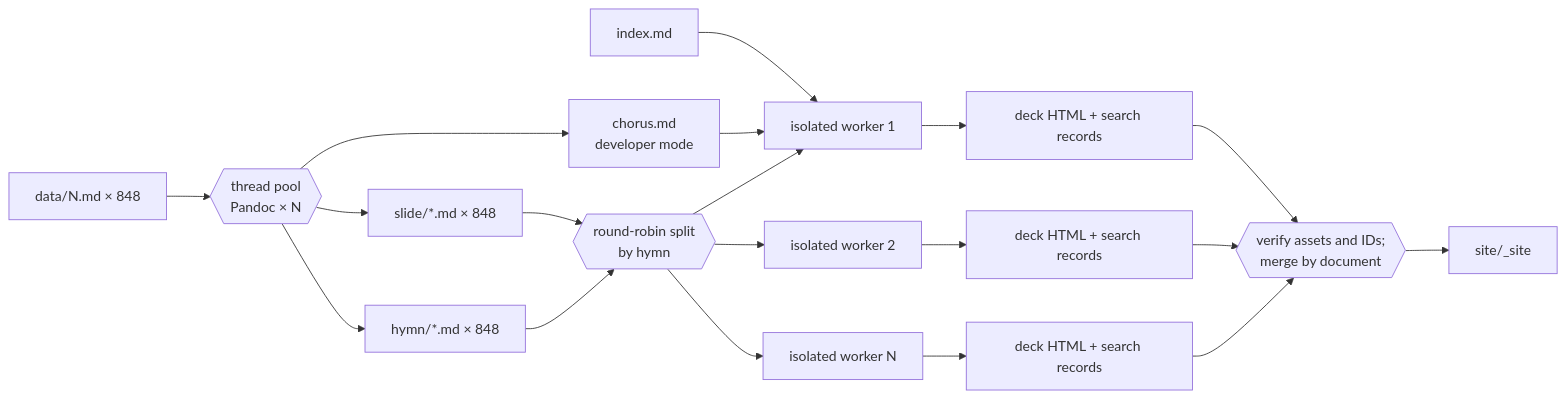
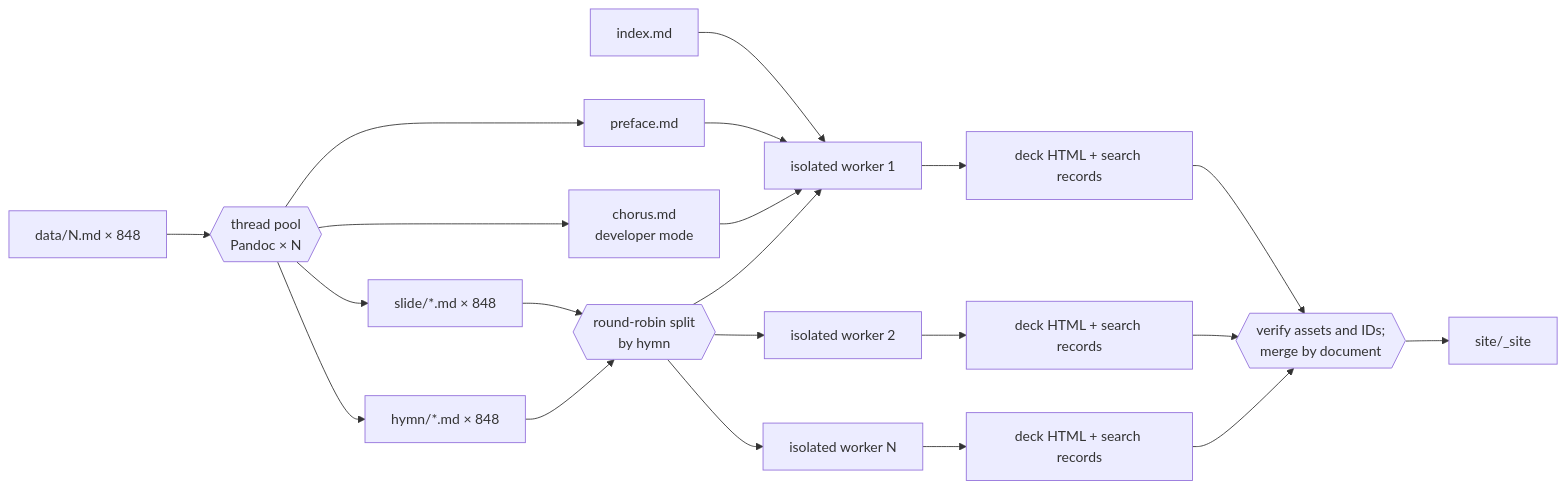
One commit to ickc/selected-hymns-and-songs changed the third of 3 diagrams in DEVELOPER.md. Above: the diagram before and after it, drawn with Mermaid. The commit also changed other lines of this file and 8 other files, not shown here.

````diff
--- a/DEVELOPER.md
+++ b/DEVELOPER.md
@@ -730,21 +743,23 @@
 ```mermaid
 flowchart LR
   data["data/N.md × 848"] --> projection{{"thread pool<br/>Pandoc × N"}}
   projection --> slides["slide/*.md × 848"]
   projection --> pages["hymn/*.md × 848"]
   projection --> chorus["chorus.md<br/>developer mode"]
   slides --> split{{"round-robin split<br/>by hymn"}}
   pages --> split
+  projection --> preface["preface.md"]
   index["index.md"] --> w1
+  preface --> w1
   chorus --> w1
   split --> w1["isolated worker 1"]
   split --> w2["isolated worker 2"]
   split --> wn["isolated worker N"]
   w1 --> o1["deck HTML + search records"]
   w2 --> o2["deck HTML + search records"]
   wn --> on["deck HTML + search records"]
   o1 --> merge{{"verify assets and IDs;\nmerge by document"}}
   o2 --> merge
   on --> merge
   merge --> built["site/_site"]
 ```
````
